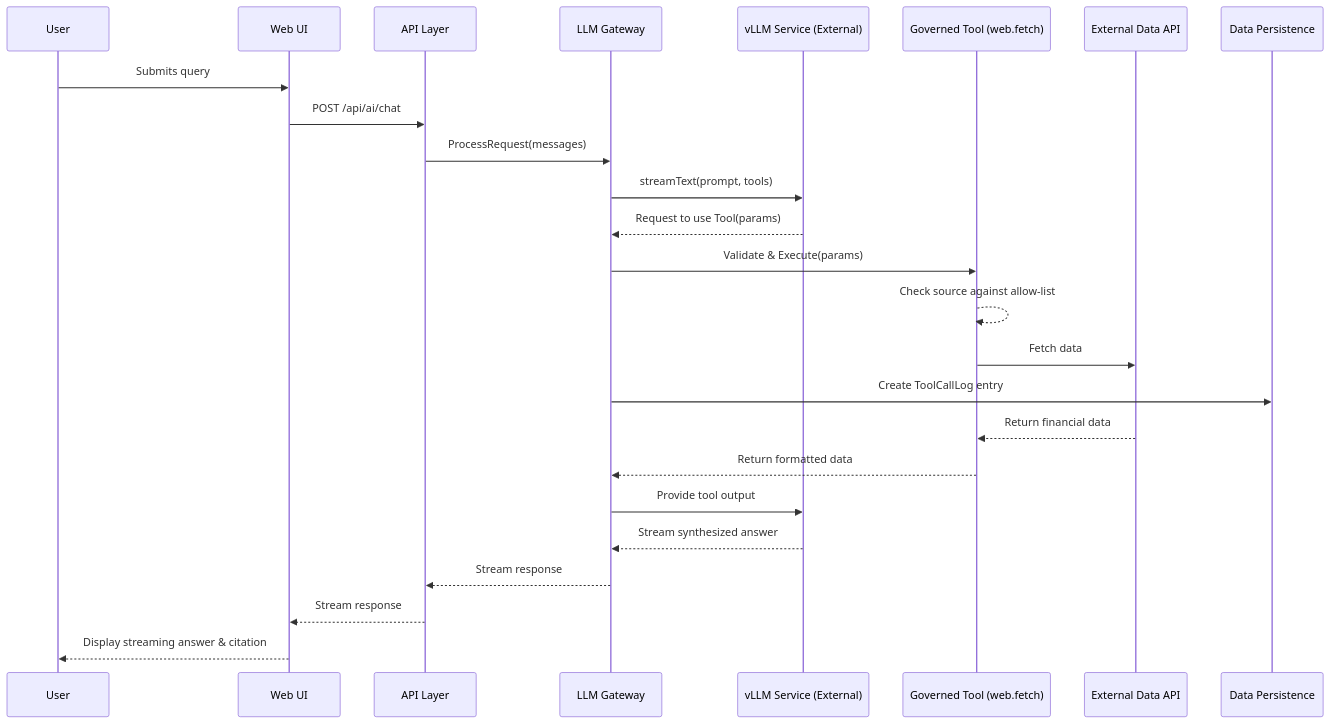
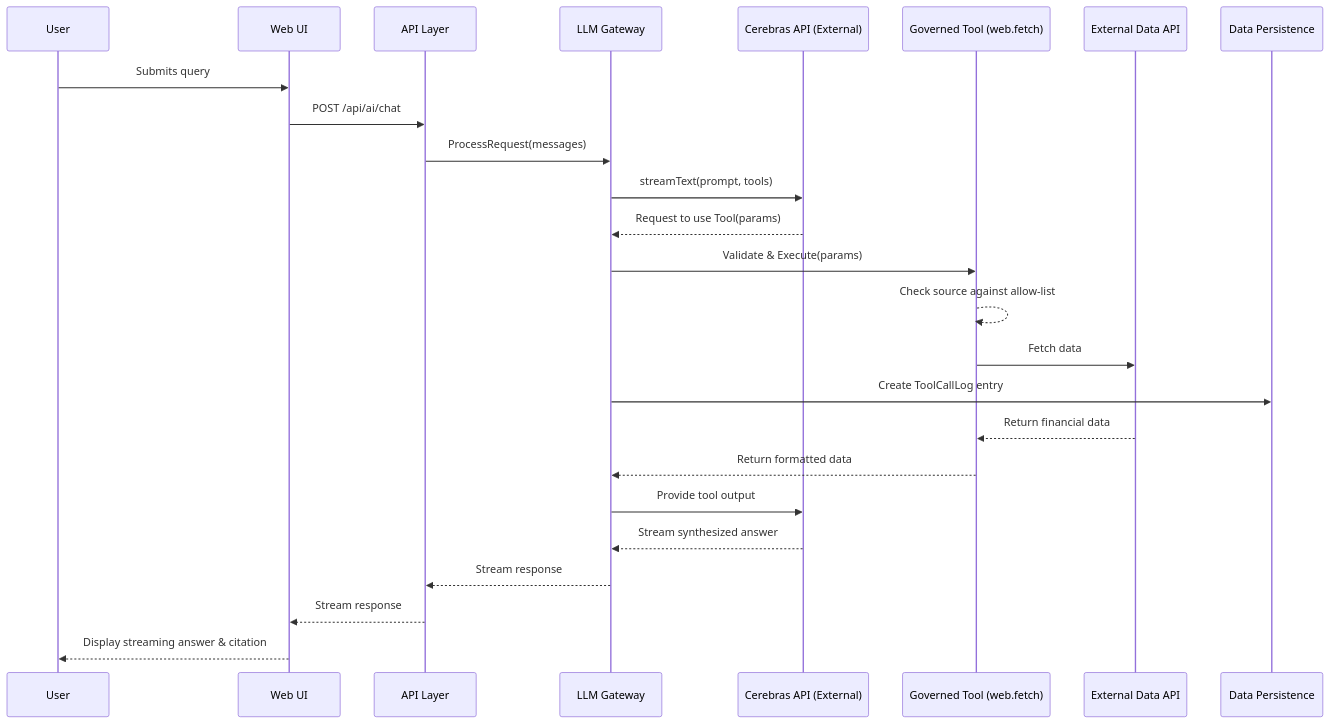
One commit to CadBane-ai/PriceControl-AI2 changed the second of 2 diagrams in docs/architecture/8-core-workflows.md. Above: the diagram before and after it, drawn with Mermaid. The commit also changed 16 other files, not shown here.

````diff
--- a/docs/architecture/8-core-workflows.md
+++ b/docs/architecture/8-core-workflows.md
@@ -30,28 +30,28 @@
 ```mermaid
 sequenceDiagram
     participant User
     participant WebUI as Web UI
     participant APILayer as API Layer
     participant LLMGateway as LLM Gateway
-    participant vLLM as vLLM Service (External)
+    participant Cerebras as Cerebras API (External)
     participant Tool as Governed Tool (web.fetch)
     participant DataAPI as External Data API
     participant AuditLog as Data Persistence
 
     User->>WebUI: Submits query
     WebUI->>APILayer: POST /api/ai/chat
     APILayer->>LLMGateway: ProcessRequest(messages)
-    LLMGateway->>vLLM: streamText(prompt, tools)
-    vLLM-->>LLMGateway: Request to use Tool(params)
+    LLMGateway->>Cerebras: streamText(prompt, tools)
+    Cerebras-->>LLMGateway: Request to use Tool(params)
     LLMGateway->>Tool: Validate & Execute(params)
     Tool-->>Tool: Check source against allow-list
     Tool->>DataAPI: Fetch data
     LLMGateway->>AuditLog: Create ToolCallLog entry
     DataAPI-->>Tool: Return financial data
     Tool-->>LLMGateway: Return formatted data
-    LLMGateway->>vLLM: Provide tool output
-    vLLM-->>LLMGateway: Stream synthesized answer
+    LLMGateway->>Cerebras: Provide tool output
+    Cerebras-->>LLMGateway: Stream synthesized answer
     LLMGateway-->>APILayer: Stream response
     APILayer-->>WebUI: Stream response
     WebUI-->>User: Display streaming answer & citation
 ```
````
